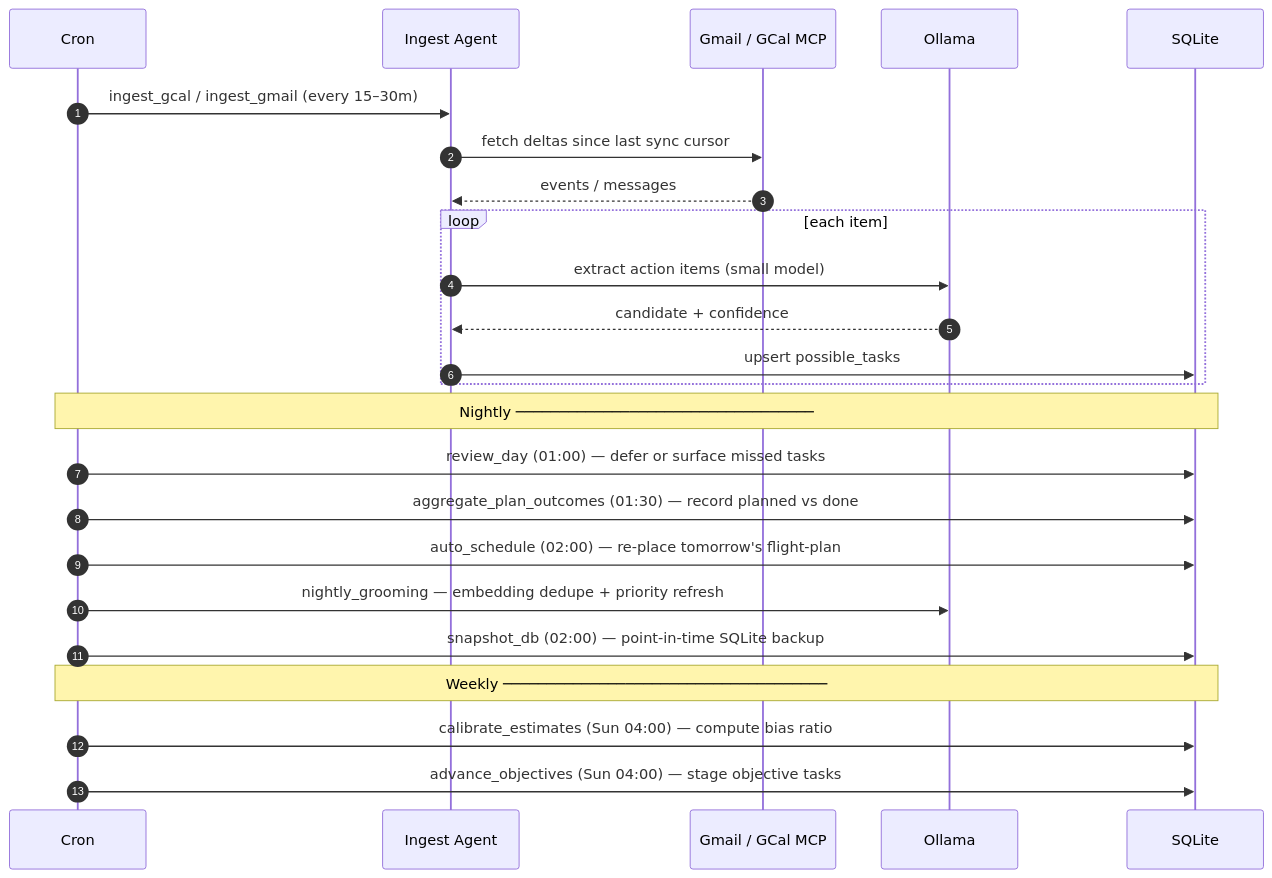
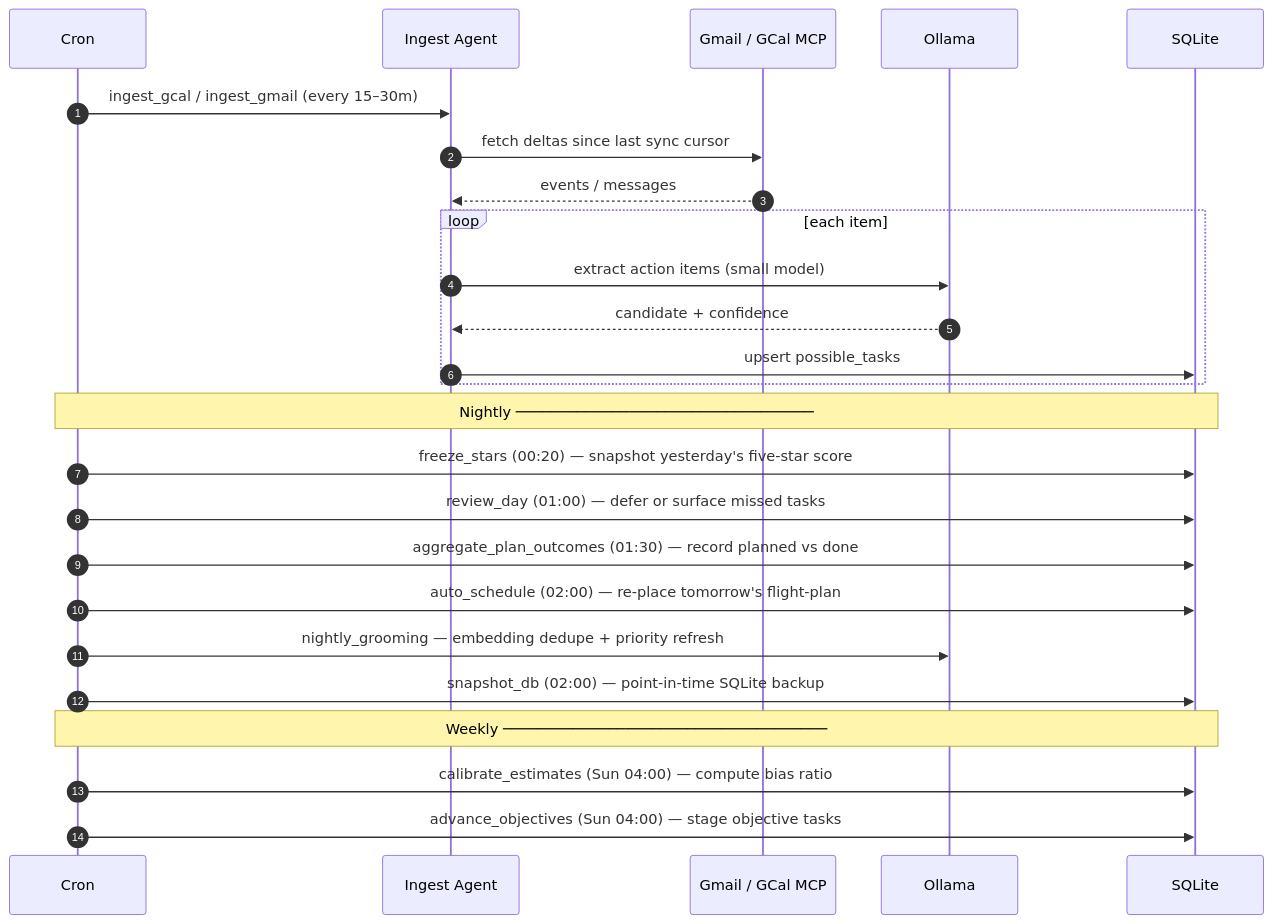
The third of 6 diagrams in ARCHITECTURE.md (companionintelligence/CI-Planning), drawn with Mermaid before and after one commit. The commit also changed other lines of this file and 2 other files, not shown here.

First line of the commit message:
docs: sync README/ARCHITECTURE/GLOSSARY through Phase O (O1-O3) and Phase P

````diff
--- a/ARCHITECTURE.md
+++ b/ARCHITECTURE.md
@@ -203,29 +205,30 @@
 ```mermaid
 sequenceDiagram
     autonumber
     participant Cron
     participant Ing as Ingest Agent
     participant MCP as Gmail / GCal MCP
     participant LLM as Ollama
     participant DB as SQLite
 
     Cron->>Ing: ingest_gcal / ingest_gmail (every 15–30m)
     Ing->>MCP: fetch deltas since last sync cursor
     MCP-->>Ing: events / messages
     loop each item
         Ing->>LLM: extract action items (small model)
         LLM-->>Ing: candidate + confidence
         Ing->>DB: upsert possible_tasks
     end
 
     Note over Cron,DB: Nightly ──────────────────────────────────
+    Cron->>DB: freeze_stars (00:20) — snapshot yesterday's five-star score
     Cron->>DB: review_day (01:00) — defer or surface missed tasks
     Cron->>DB: aggregate_plan_outcomes (01:30) — record planned vs done
     Cron->>DB: auto_schedule (02:00) — re-place tomorrow's flight-plan
     Cron->>LLM: nightly_grooming — embedding dedupe + priority refresh
     Cron->>DB: snapshot_db (02:00) — point-in-time SQLite backup
 
     Note over Cron,DB: Weekly ─────────────────────────────────────
     Cron->>DB: calibrate_estimates (Sun 04:00) — compute bias ratio
     Cron->>DB: advance_objectives (Sun 04:00) — stage objective tasks
 ```
````
